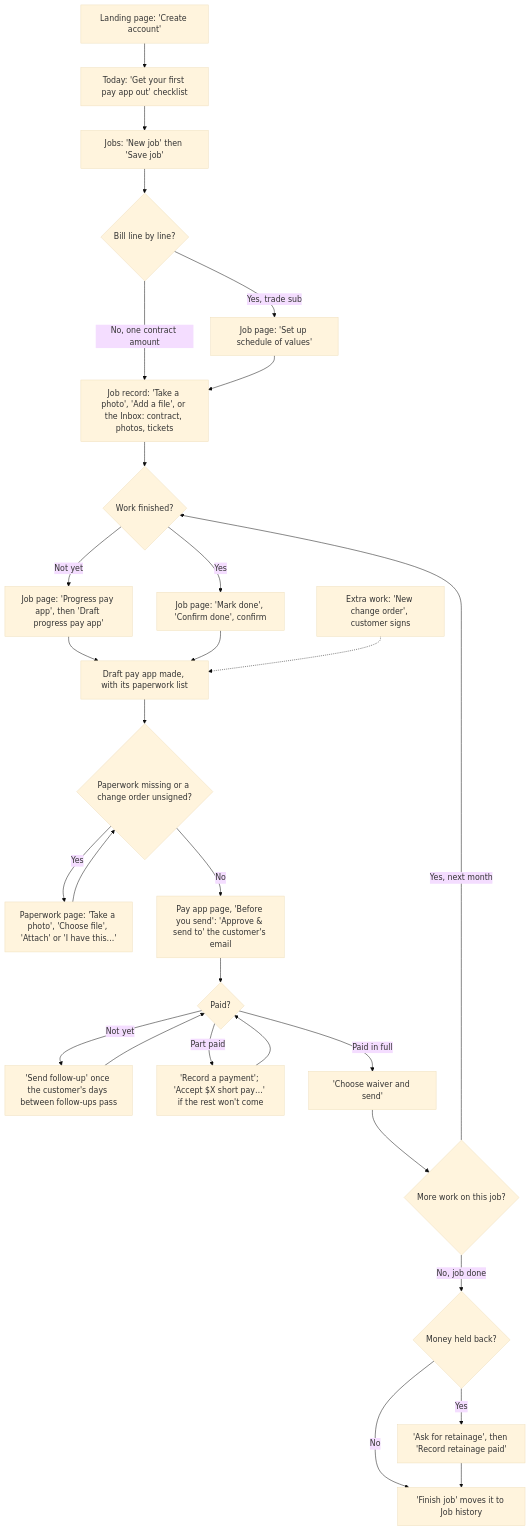
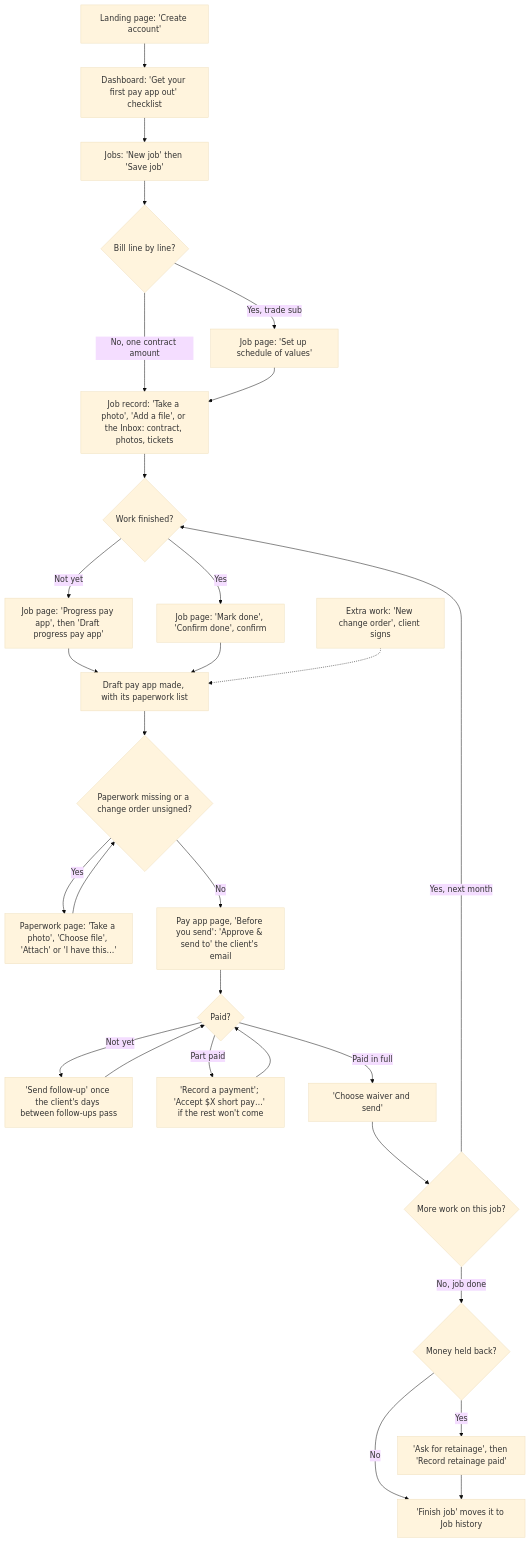
One commit to cartwrightstephen/billdable changed the first of 15 diagrams in docs/client-flows.md. Above: the diagram before and after it, drawn with Mermaid (base theme). The commit also changed other lines of this file, not shown here.

First line of the commit message:
Flows doc: the seven sections, Client wording, and references to the split modules

````diff
--- a/docs/client-flows.md
+++ b/docs/client-flows.md
@@ -28,31 +32,31 @@
 ```mermaid
 flowchart TD
-    A["Landing page: 'Create account'"] --> B["Today: 'Get your first pay app out' checklist"]
+    A["Landing page: 'Create account'"] --> B["Dashboard: 'Get your first pay app out' checklist"]
     B --> C["Jobs: 'New job' then 'Save job'"]
     C --> D{"Bill line by line?"}
     D -->|"Yes, trade sub"| E["Job page: 'Set up schedule of values'"]
     D -->|"No, one contract amount"| F
     E --> F["Job record: 'Take a photo', 'Add a file', or the Inbox: contract, photos, tickets"]
     F --> G{"Work finished?"}
     G -->|"Not yet"| H["Job page: 'Progress pay app', then 'Draft progress pay app'"]
     G -->|"Yes"| I["Job page: 'Mark done', 'Confirm done', confirm"]
     H --> J["Draft pay app made, with its paperwork list"]
     I --> J
-    CO["Extra work: 'New change order', customer signs"] -.-> J
+    CO["Extra work: 'New change order', client signs"] -.-> J
     J --> K{"Paperwork missing or a change order unsigned?"}
     K -->|"Yes"| L["Paperwork page: 'Take a photo', 'Choose file', 'Attach' or 'I have this…'"]
     L --> K
-    K -->|"No"| M["Pay app page, 'Before you send': 'Approve & send to' the customer's email"]
+    K -->|"No"| M["Pay app page, 'Before you send': 'Approve & send to' the client's email"]
     M --> N{"Paid?"}
-    N -->|"Not yet"| O["'Send follow-up' once the customer's days between follow-ups pass"]
+    N -->|"Not yet"| O["'Send follow-up' once the client's days between follow-ups pass"]
     O --> N
     N -->|"Part paid"| P["'Record a payment'; 'Accept $X short pay…' if the rest won't come"]
     P --> N
     N -->|"Paid in full"| Q["'Choose waiver and send'"]
     Q --> R{"More work on this job?"}
     R -->|"Yes, next month"| G
     R -->|"No, job done"| S{"Money held back?"}
     S -->|"Yes"| T["'Ask for retainage', then 'Record retainage paid'"]
     S -->|"No"| U
     T --> U["'Finish job' moves it to Job history"]
 ```
````
